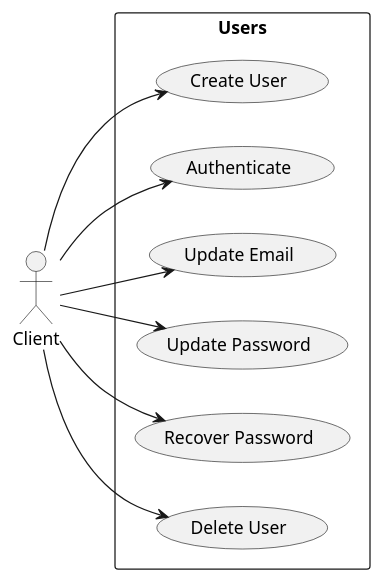
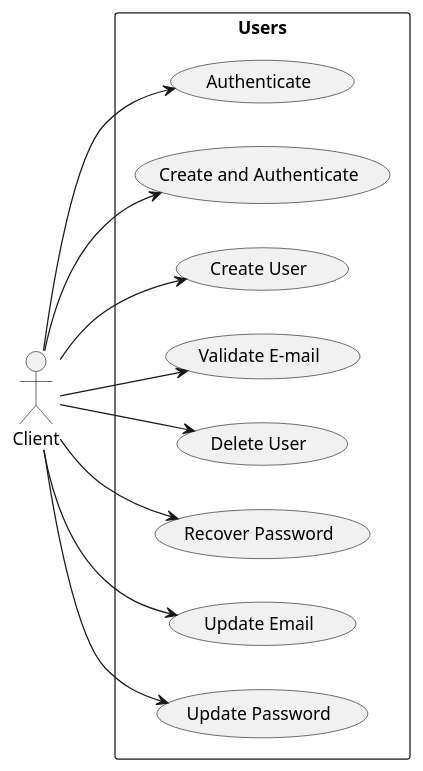
One commit to orion-services/users changed the diagram in docs/usecases/UseCases.puml. Above: the diagram before and after it, drawn with PlantUML. The commit also changed 20 other files, not shown here.

```diff
--- a/docs/usecases/UseCases.puml
+++ b/docs/usecases/UseCases.puml
@@ -1,22 +1,26 @@
 @startuml
 left to right direction
 
 actor "Client" as client
 
 rectangle Users{
-    usecase "Create User" as UC1
-    usecase "Authenticate" as UC2
-    usecase "Update Email" as UC3
-    usecase "Update Password" as UC4
-    usecase "Recover Password" as UC5
-    usecase "Delete User" as UC6
+    usecase "Authenticate" as UC1
+    usecase "Create and Authenticate" as UC2
+    usecase "Create User" as UC3
+    usecase "Validate E-mail" as UC4
+    usecase "Delete User" as UC5
+    usecase "Recover Password" as UC6
+    usecase "Update Email" as UC7
+    usecase "Update Password" as UC8
 }
 
 client -->  UC1
 client -->  UC2
 client -->  UC3
 client -->  UC4
 client -->  UC5
 client -->  UC6
+client -->  UC7
+client -->  UC8
 
 @enduml
```
